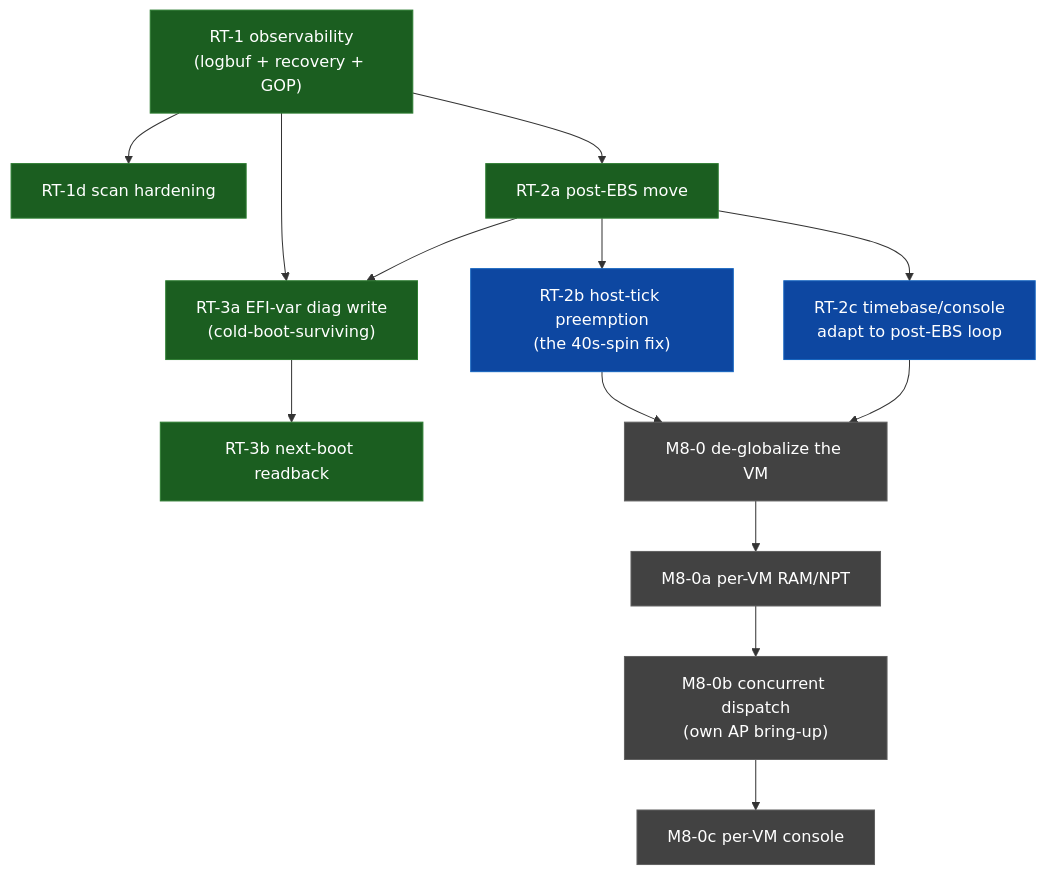
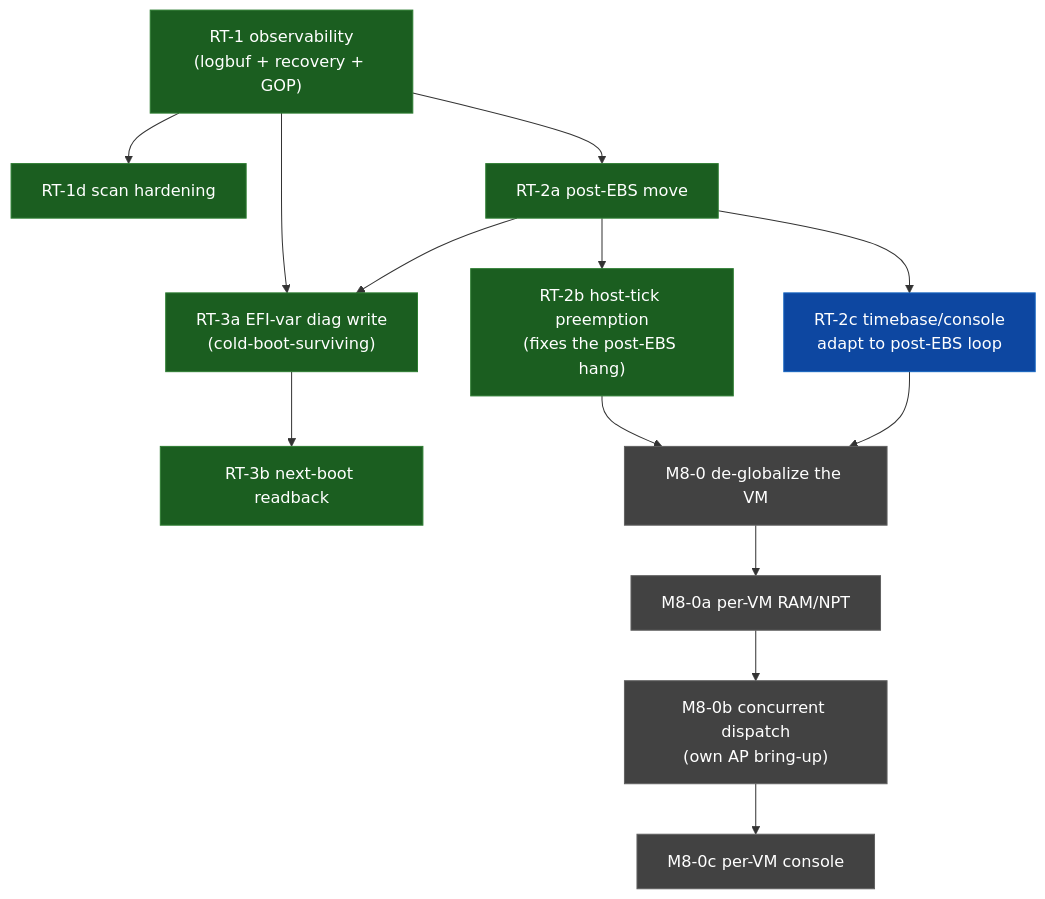
One commit to bizzehdee/hype changed the diagram in task.md. Above: the diagram before and after it, drawn with Mermaid. The commit also changed other lines of this file, not shown here.

Commit message:
task.md: record RT-2b done + refresh DAG/status (post-EBS hang fixed)

````diff
--- a/task.md
+++ b/task.md
@@ -28,30 +29,30 @@
 ```mermaid
 flowchart TD
     RT1["RT-1 observability<br/>(logbuf + recovery + GOP)"]:::done
     RT1d["RT-1d scan hardening"]:::done
     RT2a["RT-2a post-EBS move"]:::done
-    RT2b["RT-2b host-tick preemption<br/>(the 40s-spin fix)"]:::ready
+    RT2b["RT-2b host-tick preemption<br/>(fixes the post-EBS hang)"]:::done
     RT2c["RT-2c timebase/console<br/>adapt to post-EBS loop"]:::ready
     RT3a["RT-3a EFI-var diag write<br/>(cold-boot-surviving)"]:::done
     RT3b["RT-3b next-boot readback"]:::done
     M80["M8-0 de-globalize the VM"]:::blocked
     M80a["M8-0a per-VM RAM/NPT"]:::blocked
     M80b["M8-0b concurrent dispatch<br/>(own AP bring-up)"]:::blocked
     M80c["M8-0c per-VM console"]:::blocked
 
     RT1 --> RT1d
     RT1 --> RT2a
     RT2a --> RT2b
     RT2a --> RT2c
     RT1 --> RT3a
     RT2a --> RT3a
     RT3a --> RT3b
     RT2b --> M80
     RT2c --> M80
     M80 --> M80a --> M80b --> M80c
 
     classDef done fill:#1b5e20,stroke:#2e7d32,color:#fff;
     classDef active fill:#e65100,stroke:#ef6c00,color:#fff;
     classDef ready fill:#0d47a1,stroke:#1565c0,color:#fff;
     classDef blocked fill:#424242,stroke:#616161,color:#fff;
 ```
````
